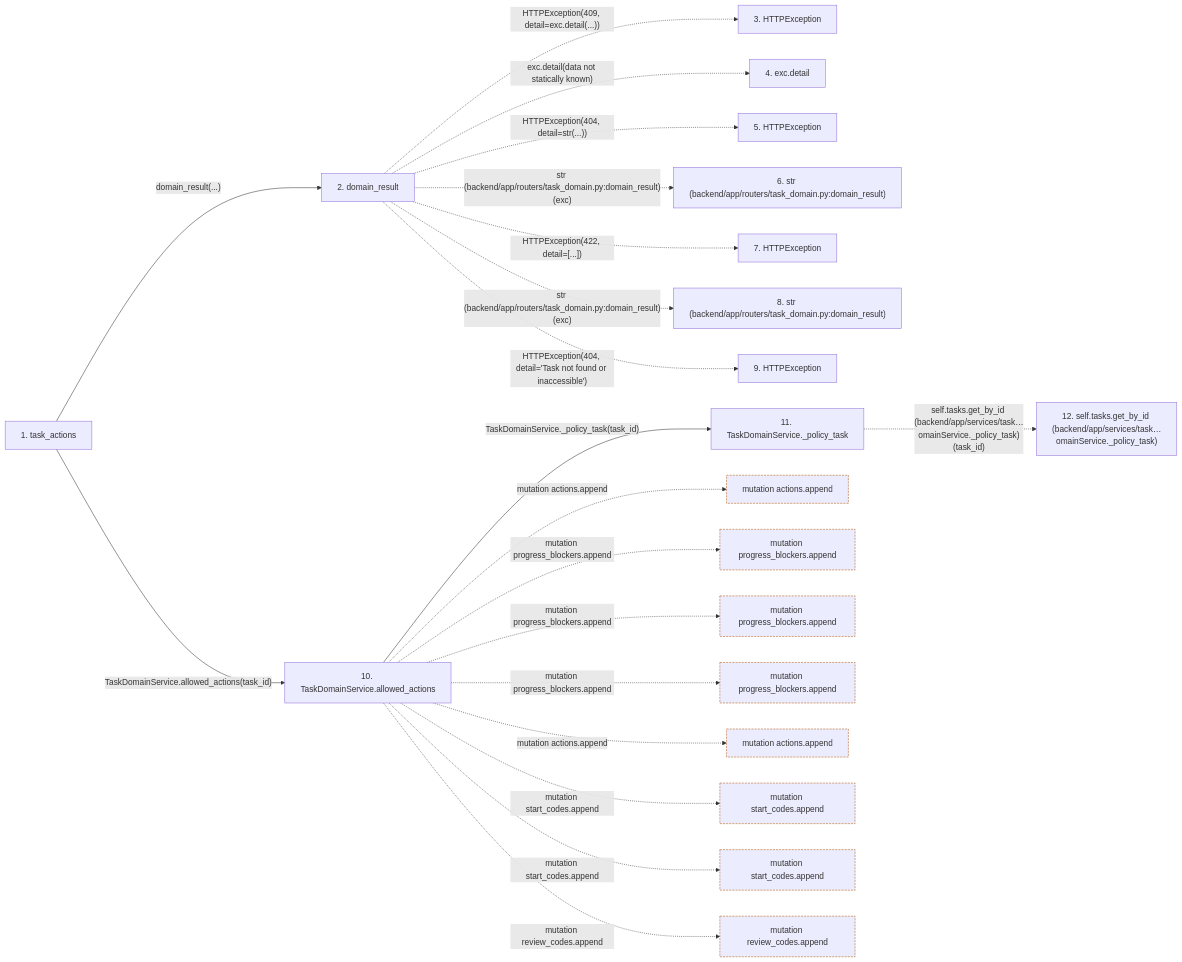
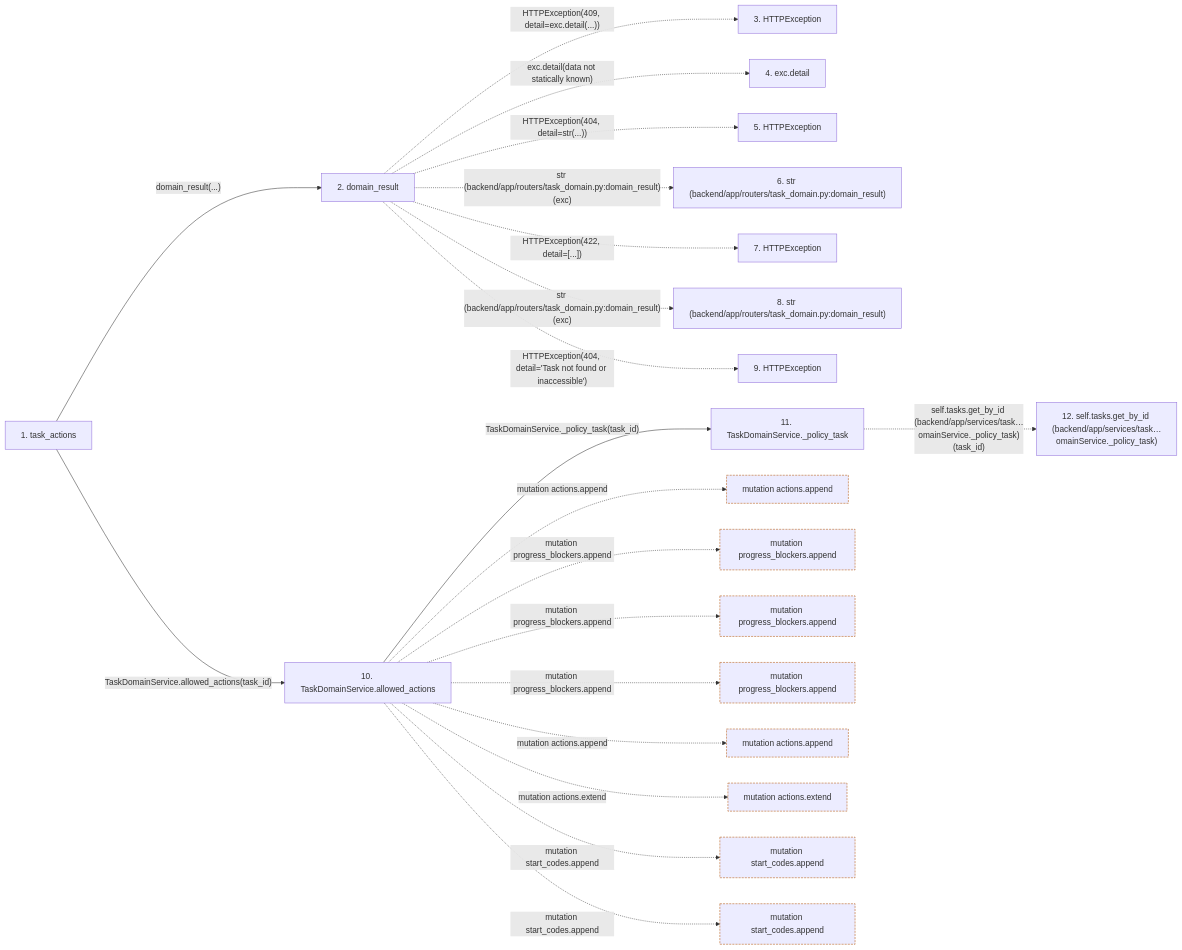
The second of 2 diagrams in docs/llm_wiki/flows/http-task_actions.md (Denissvgn/WorkChord), drawn with Mermaid before and after one commit. The commit also changed other lines of this file and 732 other files, not shown here.

Commit message:
Sync the architectural wiki for the postponed task status

````diff
--- a/docs/llm_wiki/flows/http-task_actions.md
+++ b/docs/llm_wiki/flows/http-task_actions.md
@@ -160,55 +161,55 @@
 ```mermaid
 flowchart LR
     s1["1. task_actions"]
     s2["2. domain_result"]
     s3["3. HTTPException"]
     s4["4. exc.detail"]
     s5["5. HTTPException"]
     s6["6. str (backend/app/routers/task_domain.py:domain_result)"]
     s7["7. HTTPException"]
     s8["8. str (backend/app/routers/task_domain.py:domain_result)"]
     s9["9. HTTPException"]
     s10["10. TaskDomainService.allowed_actions"]
     s11["11. TaskDomainService._policy_task"]
     s12["12. self.tasks.get_by_id (backend/app/services/task…omainService._policy_task)"]
     s1 -->|"domain_result(...)"| s2
     s2 -. "HTTPException(409, detail=exc.detail(...))" .-> s3
     s2 -. "exc.detail(data not statically known)" .-> s4
     s2 -. "HTTPException(404, detail=str(...))" .-> s5
     s2 -. "str (backend/app/routers/task_domain.py:domain_result)(exc)" .-> s6
     s2 -. "HTTPException(422, detail=[...])" .-> s7
     s2 -. "str (backend/app/routers/task_domain.py:domain_result)(exc)" .-> s8
     s2 -. "HTTPException(404, detail='Task not found or inaccessible')" .-> s9
     s1 -->|"TaskDomainService.allowed_actions(task_id)"| s10
     s10 -->|"TaskDomainService._policy_task(task_id)"| s11
     s11 -. "self.tasks.get_by_id (backend/app/services/task…omainService._policy_task)(task_id)" .-> s12
     b0["mutation actions.append"]
     s10 -. "mutation actions.append" .-> b0
     b1["mutation progress_blockers.append"]
     s10 -. "mutation progress_blockers.append" .-> b1
     b2["mutation progress_blockers.append"]
     s10 -. "mutation progress_blockers.append" .-> b2
     b3["mutation progress_blockers.append"]
     s10 -. "mutation progress_blockers.append" .-> b3
     b4["mutation actions.append"]
     s10 -. "mutation actions.append" .-> b4
-    b5["mutation start_codes.append"]
-    s10 -. "mutation start_codes.append" .-> b5
+    b5["mutation actions.extend"]
+    s10 -. "mutation actions.extend" .-> b5
     b6["mutation start_codes.append"]
     s10 -. "mutation start_codes.append" .-> b6
-    b7["mutation review_codes.append"]
-    s10 -. "mutation review_codes.append" .-> b7
+    b7["mutation start_codes.append"]
+    s10 -. "mutation start_codes.append" .-> b7
     click s1 "../modules/routers_task_domain.md"
     click s2 "../modules/routers_task_domain.md"
     click s10 "../modules/task_domain_service.md"
     click s11 "../modules/task_domain_service.md"
     classDef boundary stroke:#b45309,stroke-dasharray: 4 2
     class b0 boundary
     class b1 boundary
     class b2 boundary
     class b3 boundary
     class b4 boundary
     class b5 boundary
     class b6 boundary
     class b7 boundary
 ```
````
